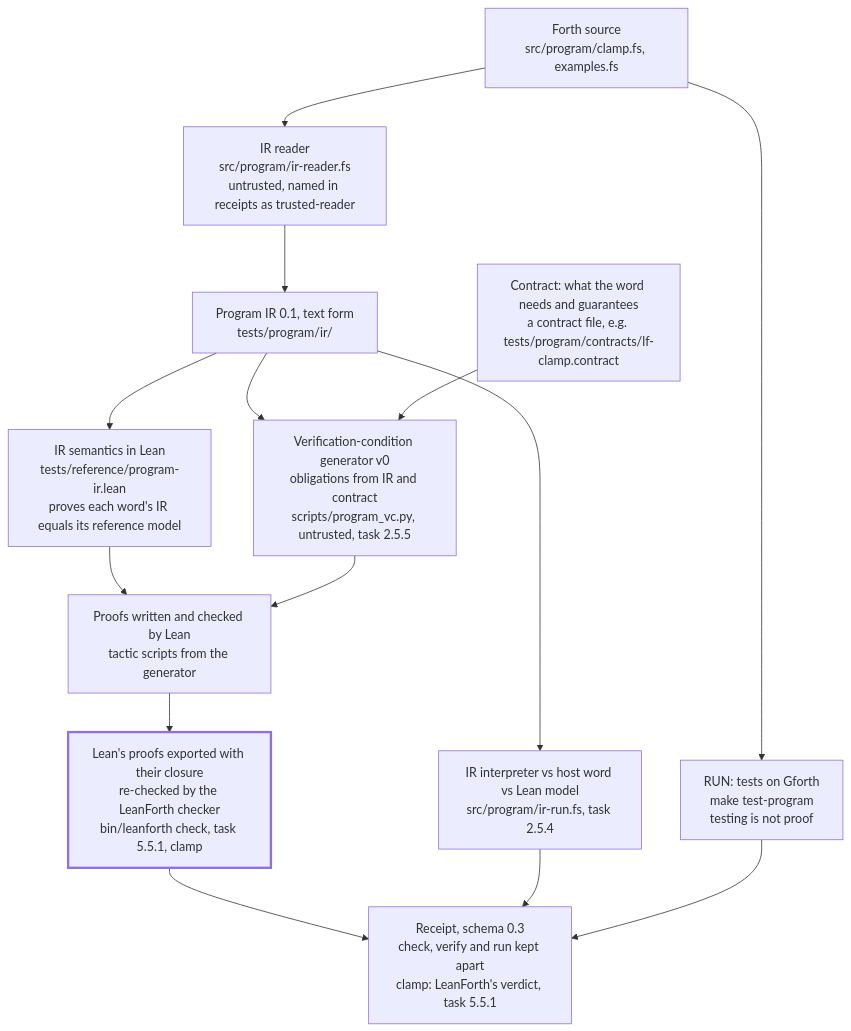
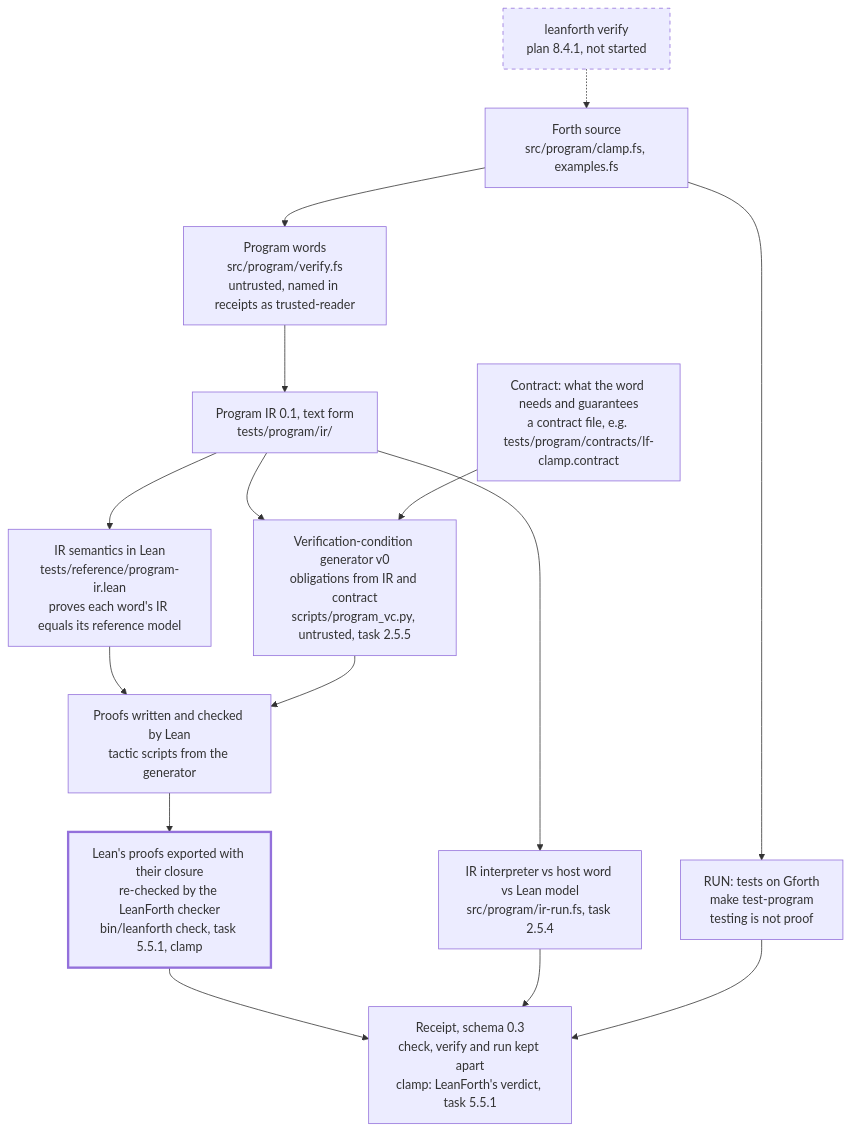
One commit to pmilford/LeanForth changed the second of 2 diagrams in docs/user/WORKFLOWS.md. Above: the diagram before and after it, drawn with Mermaid. The commit also changed other lines of this file and 10 other files, not shown here.

````diff
--- a/docs/user/WORKFLOWS.md
+++ b/docs/user/WORKFLOWS.md
@@ -120,29 +123,34 @@
 ```mermaid
 flowchart TD
   fs["Forth source<br/>src/program/clamp.fs, examples.fs"]
   contract["Contract: what the word needs and guarantees<br/>a contract file, e.g. tests/program/contracts/lf-clamp.contract"]
-  rdr["IR reader<br/>src/program/ir-reader.fs<br/>untrusted, named in receipts as trusted-reader"]
+  rdr["Program words<br/>src/program/verify.fs<br/>untrusted, named in receipts as trusted-reader"]
   ir["Program IR 0.1, text form<br/>tests/program/ir/"]
   model["IR semantics in Lean<br/>tests/reference/program-ir.lean<br/>proves each word's IR equals its reference model"]
   interp["IR interpreter vs host word vs Lean model<br/>src/program/ir-run.fs, task 2.5.4"]
   vc["Verification-condition generator v0<br/>obligations from IR and contract<br/>scripts/program_vc.py, untrusted, task 2.5.5"]
   leanchk["Proofs written and checked by Lean<br/>tactic scripts from the generator"]
   lfchk["Lean's proofs exported with their closure<br/>re-checked by the LeanForth checker<br/>bin/leanforth check, task 5.5.1, clamp"]
   run["RUN: tests on Gforth<br/>make test-program<br/>testing is not proof"]
   receipt["Receipt, schema 0.3<br/>check, verify and run kept apart<br/>clamp: LeanForth's verdict, task 5.5.1"]
 
   fs --> rdr --> ir
   ir --> model --> leanchk
   ir --> interp
   ir --> vc
   contract --> vc
   vc --> leanchk
   leanchk --> lfchk
   fs --> run
   lfchk --> receipt
   interp --> receipt
   run --> receipt
 
+  cmd["leanforth verify<br/>plan 8.4.1, not started"]
+  cmd -.-> fs
+
   classDef gate stroke-width: 3px
   class lfchk gate
+  classDef missing stroke-dasharray: 5 5
+  class cmd missing
 ```
````
